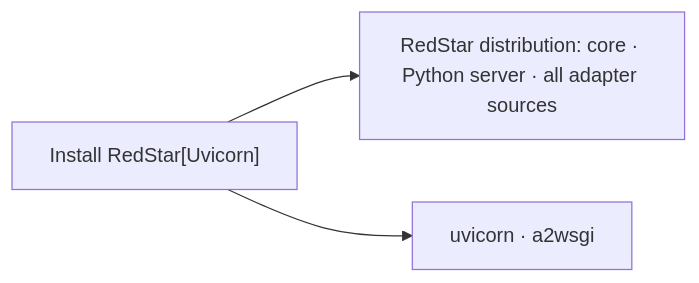
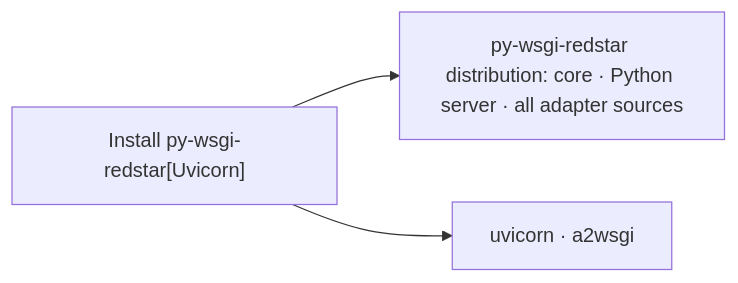
Before and after one commit to yong5eon/RedStar: the diagram in docs/Packaging.en.md, drawn with Mermaid. The commit also changed other lines of this file and 12 other files, not shown here.

````diff
--- a/docs/Packaging.en.md
+++ b/docs/Packaging.en.md
@@ -18,5 +18,5 @@
 ```mermaid
 flowchart LR
-  A["Install RedStar[Uvicorn]"] --> B["RedStar distribution: core · Python server · all adapter sources"]
+  A["Install py-wsgi-redstar[Uvicorn]"] --> B["py-wsgi-redstar distribution: core · Python server · all adapter sources"]
   A --> C["uvicorn · a2wsgi"]
 ```
````
